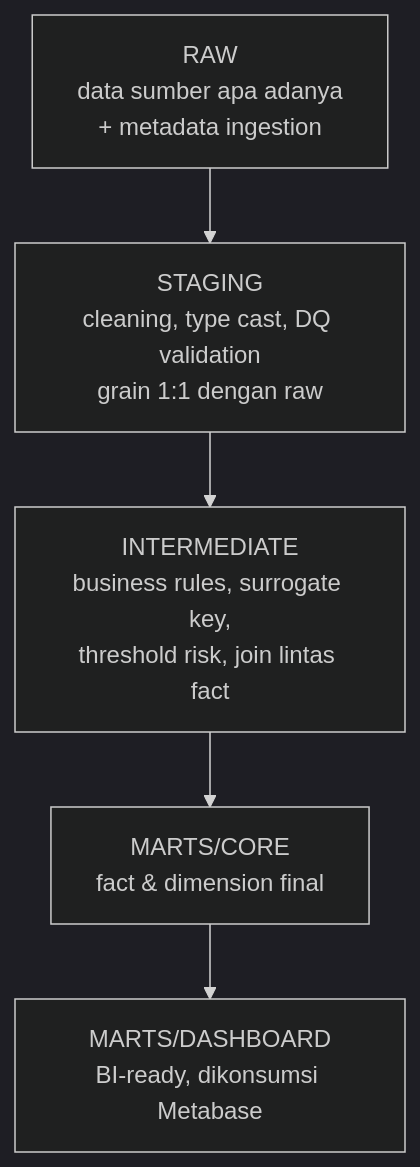
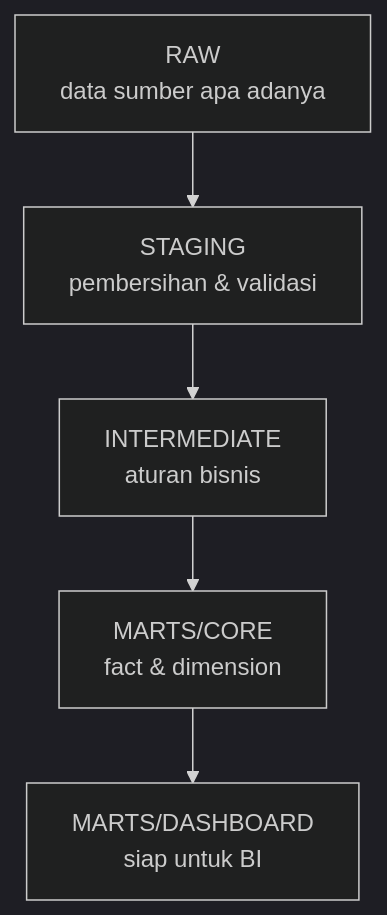
One commit to shuhaib-ak00/citibike-batch-streaming-pipeline changed the fifth of 6 diagrams in docs/architecture.md. Above: the diagram before and after it, drawn with Mermaid (dark theme). The commit also changed other lines of this file and 18 other files, not shown here.

````diff
--- a/docs/architecture.md
+++ b/docs/architecture.md
@@ -59,10 +168,10 @@
 ```mermaid
 flowchart TD
-    R["RAW<br/>data sumber apa adanya<br/>+ metadata ingestion"]
-    S["STAGING<br/>cleaning, type cast, DQ validation<br/>grain 1:1 dengan raw"]
-    I["INTERMEDIATE<br/>business rules, surrogate key,<br/>threshold risk, join lintas fact"]
-    MC["MARTS/CORE<br/>fact & dimension final"]
-    MD["MARTS/DASHBOARD<br/>BI-ready, dikonsumsi Metabase"]
+    R["RAW<br/>data sumber apa adanya"]
+    S["STAGING<br/>pembersihan & validasi"]
+    I["INTERMEDIATE<br/>aturan bisnis"]
+    MC["MARTS/CORE<br/>fact & dimension"]
+    MD["MARTS/DASHBOARD<br/>siap untuk BI"]
 
     R --> S --> I --> MC --> MD
 ```
````
